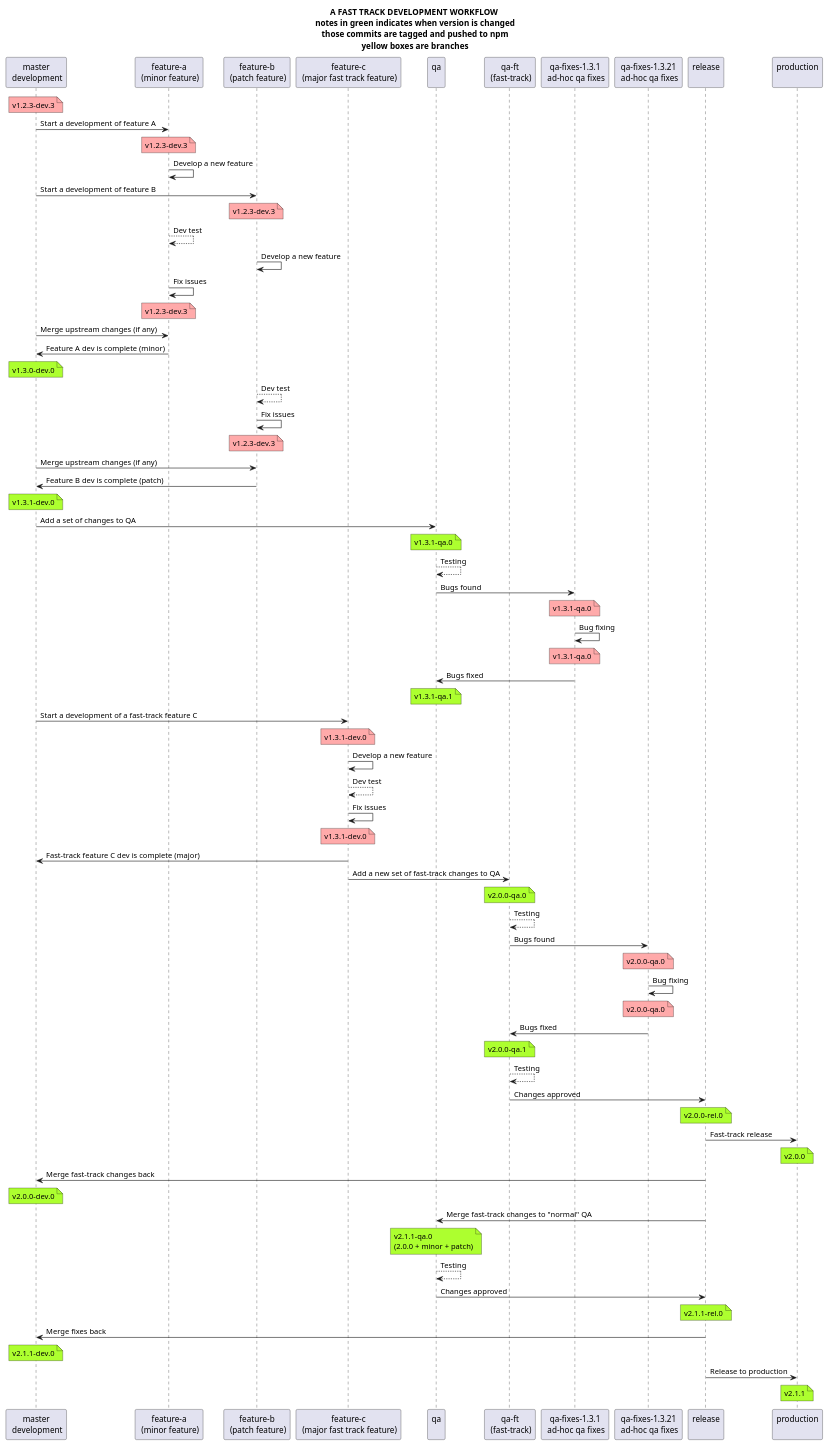
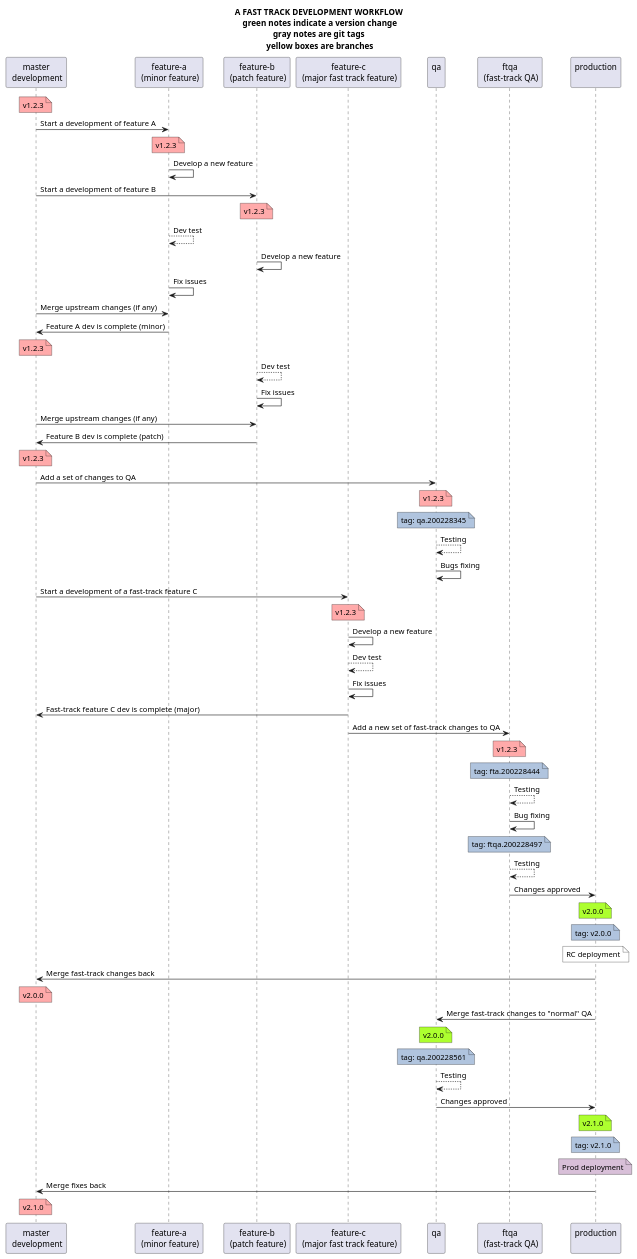
One commit to alpheios-project/documentation changed the diagram in development/git-workflow/git-fast-track-worklow-proposal.puml. Above: the diagram before and after it, drawn with PlantUML. The commit also changed 2 other files, not shown here.

Commit message:
Described a simplified, build number based workflow

```diff
--- a/development/git-workflow/git-fast-track-worklow-proposal.puml
+++ b/development/git-workflow/git-fast-track-worklow-proposal.puml
@@ -1,81 +1,68 @@
 @startuml
-title A FAST TRACK DEVELOPMENT WORKFLOW\n notes in green indicates when version is changed\n those commits are tagged and pushed to npm\n yellow boxes are branches
+title A FAST TRACK DEVELOPMENT WORKFLOW\n green notes indicate a version change\n gray notes are git tags \n yellow boxes are branches
 participant "master\n development" as mst
 participant "feature-a\n (minor feature)" as f1
 participant "feature-b\n (patch feature)" as f2
 participant "feature-c\n (major fast track feature)" as f3
 participant "qa\n" as qa
-participant "qa-ft\n (fast-track)" as qaft
-participant "qa-fixes-1.3.1\n ad-hoc qa fixes" as qafix
-participant "qa-fixes-1.3.21\n ad-hoc qa fixes" as qafix2
-participant "release\n" as rel
+participant "ftqa\n (fast-track QA)" as ftqa
 participant "production\n" as prod
 
-note over mst #FFAAAA: v1.2.3-dev.3
+note over mst #FFAAAA: v1.2.3
 mst -> f1: Start a development of feature A
-note over f1 #FFAAAA: v1.2.3-dev.3
+note over f1 #FFAAAA: v1.2.3
 f1 -> f1: Develop a new feature
 mst -> f2: Start a development of feature B
-note over f2 #FFAAAA: v1.2.3-dev.3
+note over f2 #FFAAAA: v1.2.3
 f1 --> f1: Dev test
 f2 -> f2: Develop a new feature
 f1 -> f1: Fix issues
-note over f1 #FFAAAA: v1.2.3-dev.3
 mst -> f1: Merge upstream changes (if any)
 f1 -> mst: Feature A dev is complete (minor)
-note over mst #GreenYellow: v1.3.0-dev.0
+note over mst #FFAAAA: v1.2.3
 
 f2 --> f2: Dev test
 f2 -> f2: Fix issues
-note over f2 #FFAAAA: v1.2.3-dev.3
 mst -> f2: Merge upstream changes (if any)
 f2 -> mst: Feature B dev is complete (patch)
-note over mst #GreenYellow: v1.3.1-dev.0
+note over mst #FFAAAA: v1.2.3
 
 mst -> qa: Add a set of changes to QA
-note over qa #GreenYellow: v1.3.1-qa.0
+note over qa #FFAAAA: v1.2.3
+note over qa #LightSteelBlue: tag: qa.200228345
 qa --> qa: Testing
-qa -> qafix: Bugs found
-note over qafix #FFAAAA: v1.3.1-qa.0
-qafix -> qafix: Bug fixing
-note over qafix #FFAAAA: v1.3.1-qa.0
-qafix -> qa: Bugs fixed
-note over qa #GreenYellow: v1.3.1-qa.1
+qa -> qa: Bugs fixing
 
 mst -> f3: Start a development of a fast-track feature C
-note over f3 #FFAAAA: v1.3.1-dev.0
+note over f3 #FFAAAA: v1.2.3
 f3 -> f3: Develop a new feature
 f3 --> f3: Dev test
 f3 -> f3: Fix issues
-note over f3 #FFAAAA: v1.3.1-dev.0
 f3 -> mst: Fast-track feature C dev is complete (major)
 
-f3 -> qaft: Add a new set of fast-track changes to QA
-note over qaft #GreenYellow: v2.0.0-qa.0
-qaft --> qaft: Testing
-qaft -> qafix2: Bugs found
-note over qafix2 #FFAAAA: v2.0.0-qa.0
-qafix2 -> qafix2: Bug fixing
-note over qafix2 #FFAAAA: v2.0.0-qa.0
-qafix2 -> qaft: Bugs fixed
-note over qaft #GreenYellow: v2.0.0-qa.1
-qaft --> qaft: Testing
-qaft -> rel: Changes approved
-note over rel #GreenYellow: v2.0.0-rel.0
-rel -> prod: Fast-track release
+f3 -> ftqa: Add a new set of fast-track changes to QA
+note over ftqa #FFAAAA: v1.2.3
+note over ftqa #LightSteelBlue: tag: fta.200228444
+ftqa --> ftqa: Testing
+ftqa -> ftqa: Bug fixing
+note over ftqa #LightSteelBlue: tag: ftqa.200228497
+ftqa --> ftqa: Testing
+ftqa -> prod: Changes approved
 note over prod #GreenYellow: v2.0.0
+note over prod #LightSteelBlue: tag: v2.0.0
+note over prod #White: RC deployment
 
-rel -> mst: Merge fast-track changes back
-note over mst #GreenYellow: v2.0.0-dev.0
-rel -> qa: Merge fast-track changes to "normal" QA
-note over qa #GreenYellow: v2.1.1-qa.0\n(2.0.0 + minor + patch)
+prod -> mst: Merge fast-track changes back
+note over mst #FFAAAA: v2.0.0
+prod -> qa: Merge fast-track changes to "normal" QA
+note over qa #GreenYellow: v2.0.0
+note over qa #LightSteelBlue: tag: qa.200228561
 
 qa --> qa: Testing
-qa -> rel: Changes approved
-note over rel #GreenYellow: v2.1.1-rel.0
-rel -> mst: Merge fixes back
-note over mst #GreenYellow: v2.1.1-dev.0
-
-rel -> prod: Release to production
-note over prod #GreenYellow: v2.1.1
+qa -> prod: Changes approved
+note over prod #GreenYellow: v2.1.0
+note over prod #LightSteelBlue: tag: v2.1.0
+note over prod #Thistle: Prod deployment
+prod -> mst: Merge fixes back
+note over mst #FFAAAA: v2.1.0
 @enduml
```
